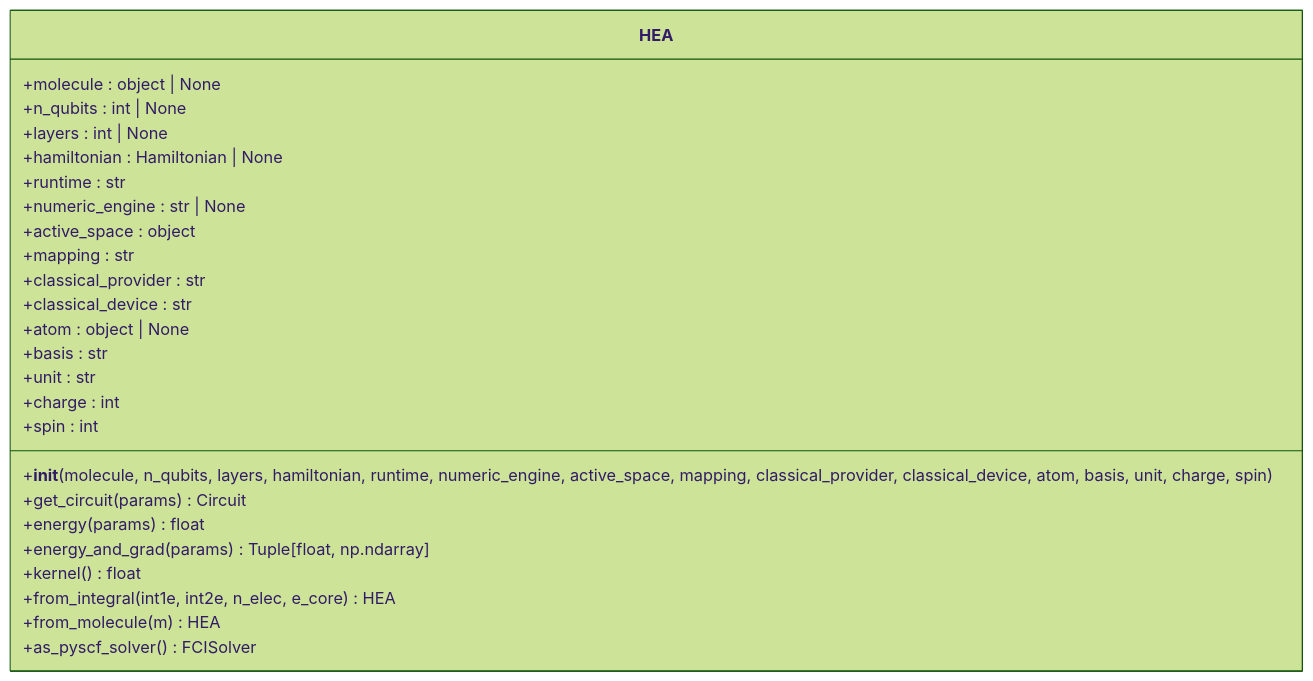
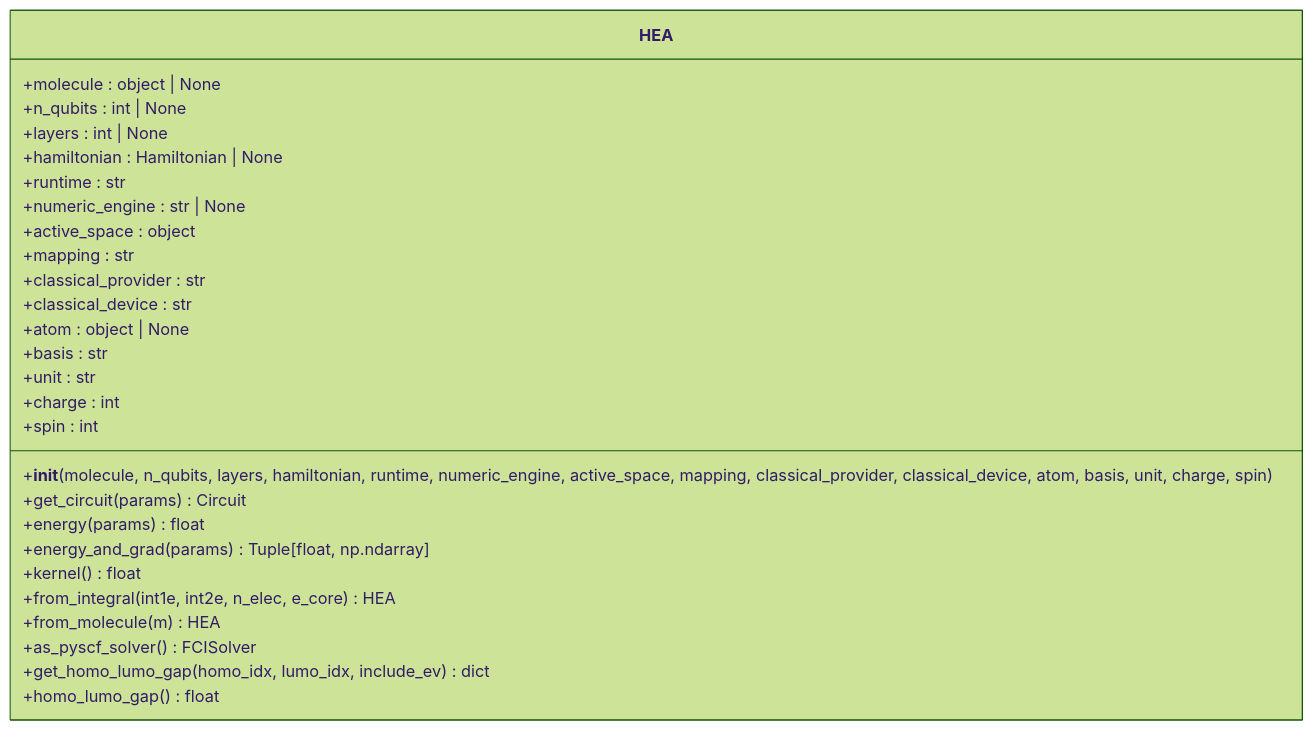
The second of 5 diagrams in .qoder/repowiki/zh/content/量子化学应用/量子化学应用.md (QureGenAI-Biotech/TyxonQ), drawn with Mermaid (forest theme) before and after one commit. The commit also changed other lines of this file and 76 other files, not shown here.

````diff
--- a/.qoder/repowiki/zh/content/量子化学应用/量子化学应用.md
+++ b/.qoder/repowiki/zh/content/量子化学应用/量子化学应用.md
@@ -104,28 +110,30 @@
 ```mermaid
 classDiagram
 class HEA {
 +molecule : object | None
 +n_qubits : int | None
 +layers : int | None
 +hamiltonian : Hamiltonian | None
 +runtime : str
 +numeric_engine : str | None
 +active_space : object
 +mapping : str
 +classical_provider : str
 +classical_device : str
 +atom : object | None
 +basis : str
 +unit : str
 +charge : int
 +spin : int
 +__init__(molecule, n_qubits, layers, hamiltonian, runtime, numeric_engine, active_space, mapping, classical_provider, classical_device, atom, basis, unit, charge, spin)
 +get_circuit(params) Circuit
 +energy(params) float
 +energy_and_grad(params) Tuple[float, np.ndarray]
 +kernel() float
 +from_integral(int1e, int2e, n_elec, e_core) HEA
 +from_molecule(m) HEA
 +as_pyscf_solver() FCISolver
++get_homo_lumo_gap(homo_idx, lumo_idx, include_ev) dict
++homo_lumo_gap() float
 }
 ```
````
